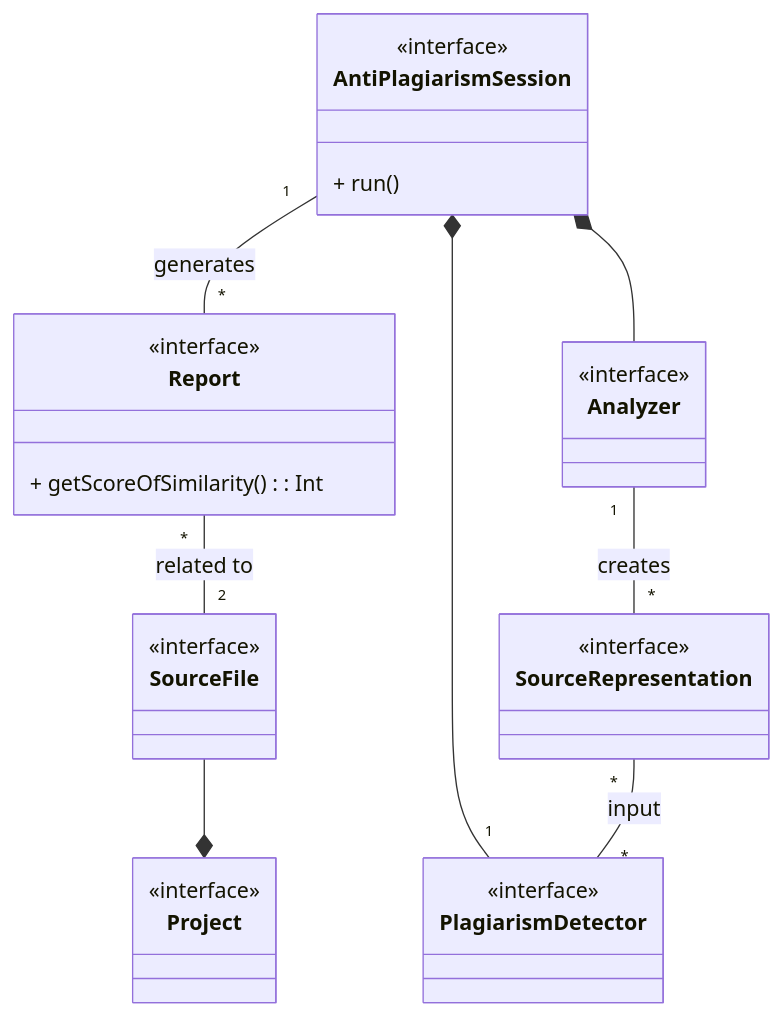
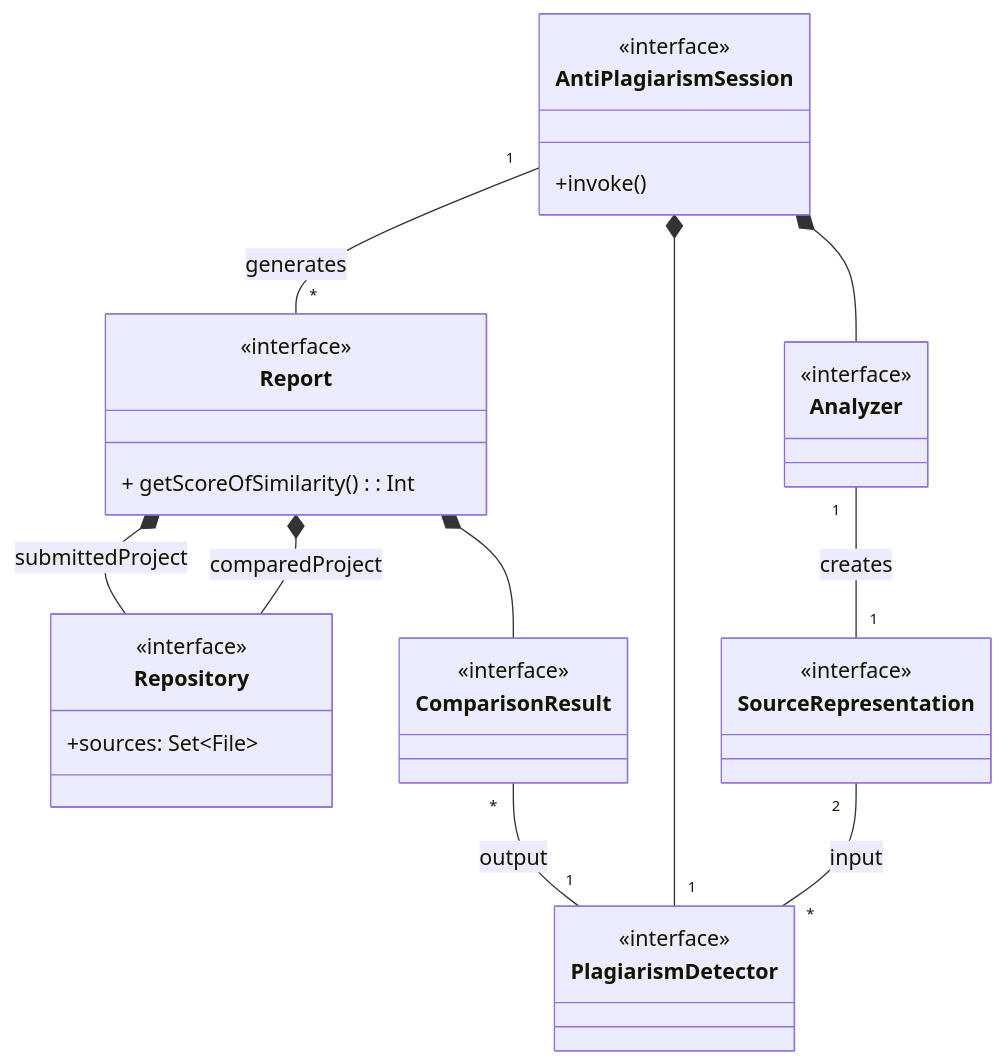
One commit to tassiLuca/code-plagiarism-detector-doc changed the first of 13 diagrams in doc.md. Above: the diagram before and after it, drawn with Mermaid. The commit also changed other lines of this file, not shown here.

````diff
--- a/doc.md
+++ b/doc.md
@@ -36,36 +36,43 @@
 ```mermaid
 classDiagram 
     direction TB
     class Report {
         <<interface>>
         + getScoreOfSimilarity(): Int
     } 
-    class Project {
+    class Repository {
         <<interface>>
+        +sources: Set~File~
     }
-    class SourceFile {
-        <<interface>>
-    }
-    SourceFile --* Project
-    Report "*" -- "2" SourceFile: related to
+
+    Report *-- Repository: submittedProject
+    Report *-- Repository: comparedProject
 
     class AntiPlagiarismSession {
         <<interface>>
-        + run()
+        +invoke()
     }
+    AntiPlagiarismSession "1" -- "*" Report: generates
+    AntiPlagiarismSession *-- "1" PlagiarismDetector
+
     class PlagiarismDetector {
         <<interface>>
     }
+    SourceRepresentation "2" -- "*" PlagiarismDetector: input
+    ComparisonResult "*" -- "1" PlagiarismDetector: output
+    
+    class ComparisonResult {
+        <<interface>>
+    }
+    Report *-- ComparisonResult
+
     class Analyzer {
         <<interface>>
     }
+    AntiPlagiarismSession *-- Analyzer
+
     class SourceRepresentation {
         <<interface>>
     }
-    AntiPlagiarismSession "1" -- "*" Report: generates
-    AntiPlagiarismSession *-- "1" PlagiarismDetector
-    SourceRepresentation "*" -- "*" PlagiarismDetector: input
-    AntiPlagiarismSession *-- Analyzer
-    Analyzer "1" -- "*" SourceRepresentation: creates
-
+    Analyzer "1" -- "1" SourceRepresentation: creates
 ```
````
